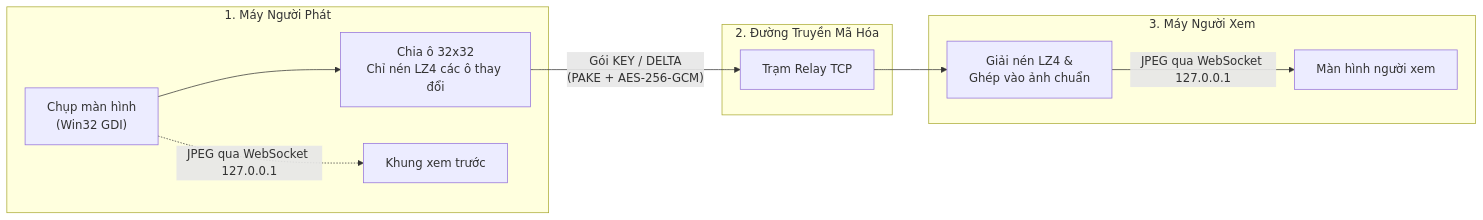
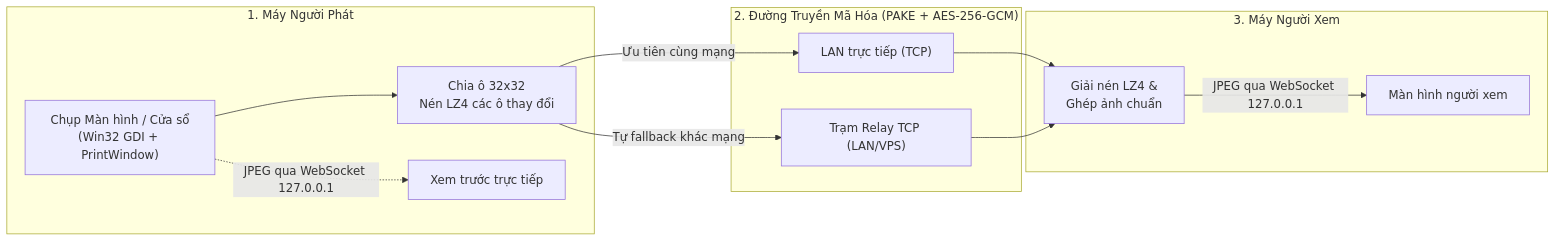
The diagram in PROJECT_GUIDE.md (hungdo2006/CrocStream), drawn with Mermaid before and after one commit. The commit also changed other lines of this file and 28 other files, not shown here.

Commit message:
Thêm ưu tiên LAN, relay.json, chụp cửa sổ ứng dụng, xem trước và làm mới UI

````diff
--- a/PROJECT_GUIDE.md
+++ b/PROJECT_GUIDE.md
@@ -27,16 +27,18 @@
 ```mermaid
 flowchart LR
     subgraph Broadcaster["1. Máy Người Phát"]
-        CAP["Chụp màn hình<br/>(Win32 GDI)"] --> DELTA["Chia ô 32x32<br/>Chỉ nén LZ4 các ô thay đổi"]
-        CAP -.->|"JPEG qua WebSocket 127.0.0.1"| UI_B["Khung xem trước"]
+        CAP["Chụp Màn hình / Cửa sổ<br/>(Win32 GDI + PrintWindow)"] --> DELTA["Chia ô 32x32<br/>Nén LZ4 các ô thay đổi"]
+        CAP -.->|"JPEG qua WebSocket 127.0.0.1"| UI_B["Xem trước trực tiếp"]
     end
 
-    subgraph Network["2. Đường Truyền Mã Hóa"]
-        DELTA -->|"Gói KEY / DELTA<br/>(PAKE + AES-256-GCM)"| RELAY["Trạm Relay TCP"]
+    subgraph Network["2. Đường Truyền Mã Hóa (PAKE + AES-256-GCM)"]
+        DELTA -->|"Ưu tiên cùng mạng"| LAN["LAN trực tiếp (TCP)"]
+        DELTA -->|"Tự fallback khác mạng"| RELAY["Trạm Relay TCP (LAN/VPS)"]
     end
 
     subgraph Viewer["3. Máy Người Xem"]
-        RELAY --> DEC["Giải nén LZ4 &<br/>Ghép vào ảnh chuẩn"]
+        LAN --> DEC["Giải nén LZ4 &<br/>Ghép ảnh chuẩn"]
+        RELAY --> DEC
         DEC -->|"JPEG qua WebSocket 127.0.0.1"| UI_V["Màn hình người xem"]
     end
 ```
````
